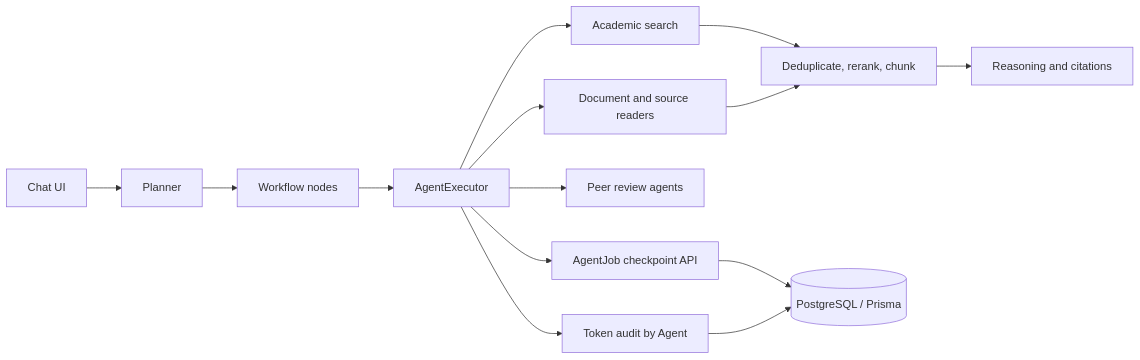
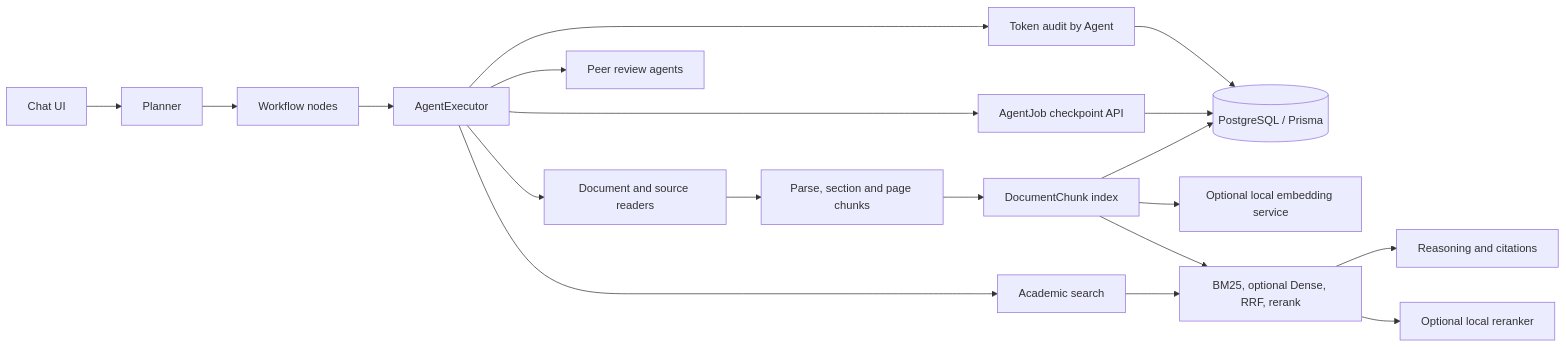
One commit to SongMingLI-CS/ScholarKernel changed the diagram in docs/ARCHITECTURE.md. Above: the diagram before and after it, drawn with Mermaid. The commit also changed other lines of this file and 9 other files, not shown here.

Commit message:
docs: document local reranker research and integration

````diff
--- a/docs/ARCHITECTURE.md
+++ b/docs/ARCHITECTURE.md
@@ -7,16 +7,21 @@
 ```mermaid
 flowchart LR
   UI[Chat UI] --> Planner[Planner]
   Planner --> DAG[Workflow nodes]
   DAG --> Executor[AgentExecutor]
   Executor --> Search[Academic search]
   Executor --> Read[Document and source readers]
   Executor --> Review[Peer review agents]
-  Search --> RAG[Deduplicate, rerank, chunk]
-  Read --> RAG
+  Read --> Chunk[Parse, section and page chunks]
+  Chunk --> Index[DocumentChunk index]
+  Index --> DB[(PostgreSQL / Prisma)]
+  Index --> Embed[Optional local embedding service]
+  Search --> RAG[BM25, optional Dense, RRF, rerank]
+  Index --> RAG
   RAG --> Reasoning[Reasoning and citations]
+  RAG --> Ranker[Optional local reranker]
   Executor --> Checkpoint[AgentJob checkpoint API]
-  Checkpoint --> DB[(PostgreSQL / Prisma)]
+  Checkpoint --> DB
   Executor --> Usage[Token audit by Agent]
   Usage --> DB
 ```
````
